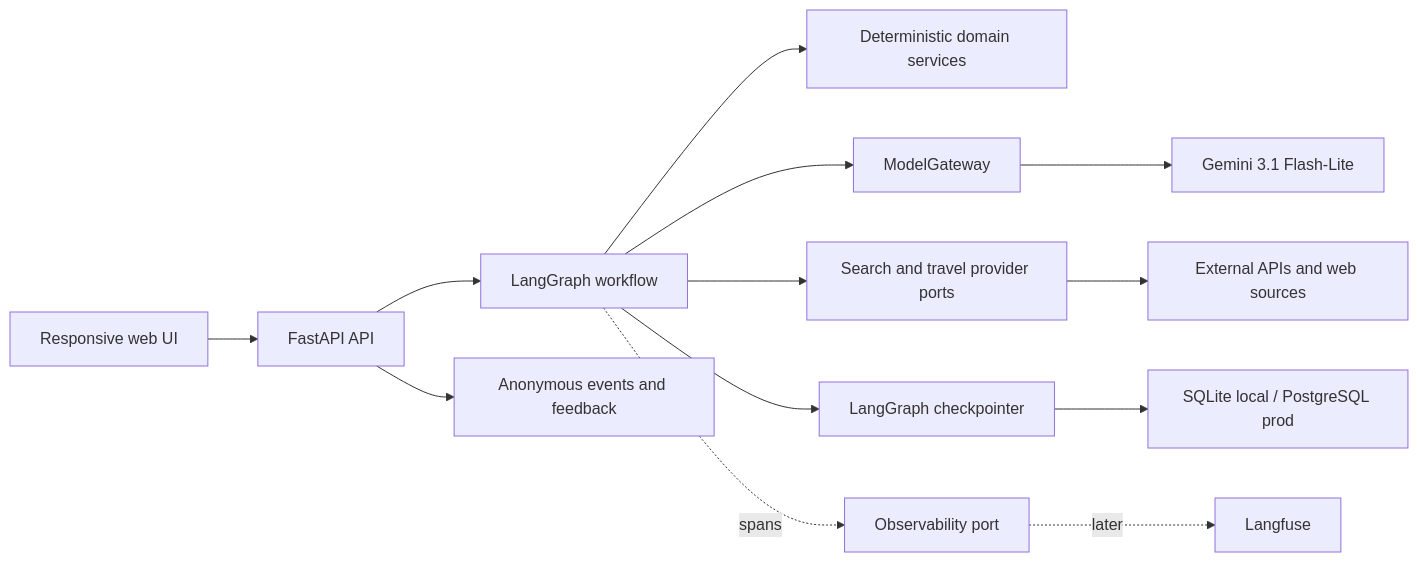
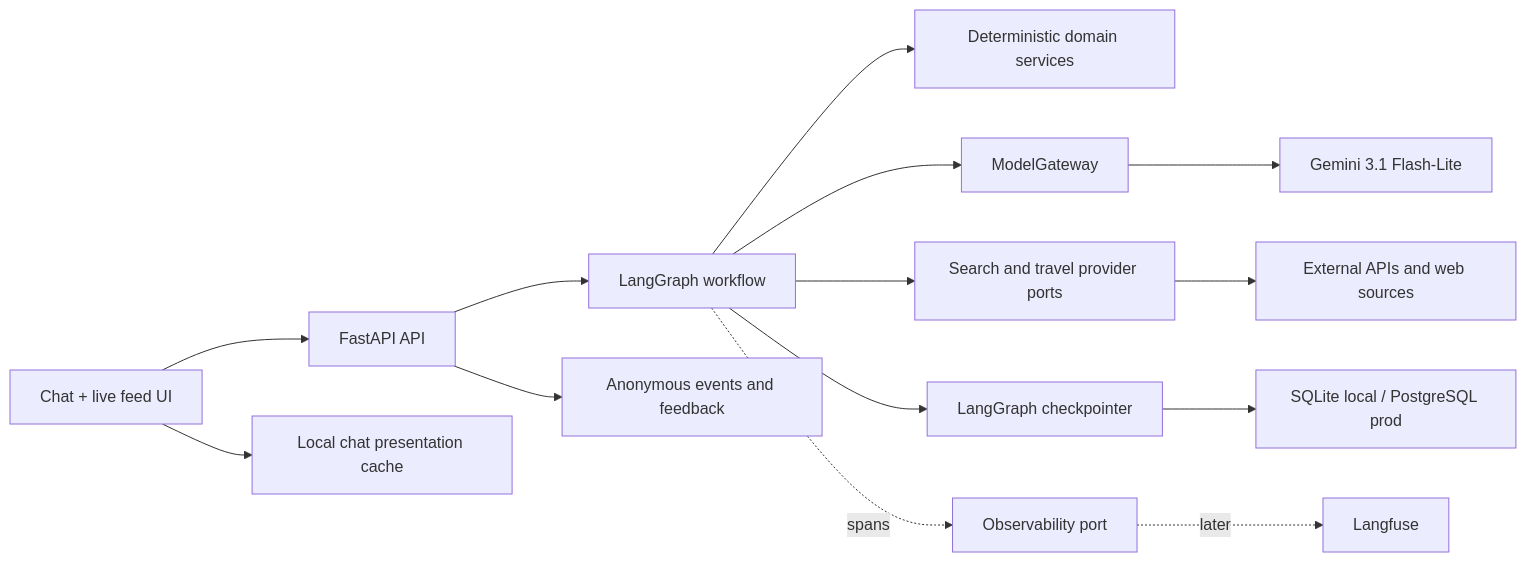
One commit to yaroslavlikh/travel-helper changed the first of 2 diagrams in docs/architecture.md. Above: the diagram before and after it, drawn with Mermaid. The commit also changed other lines of this file and 17 other files, not shown here.

````diff
--- a/docs/architecture.md
+++ b/docs/architecture.md
@@ -9,15 +9,16 @@
 ```mermaid
 flowchart LR
-    UI["Responsive web UI"] --> API["FastAPI API"]
+    UI["Chat + live feed UI"] --> API["FastAPI API"]
+    UI --> LOCAL["Local chat presentation cache"]
     API --> GRAPH["LangGraph workflow"]
     GRAPH --> DOMAIN["Deterministic domain services"]
     GRAPH --> AI["ModelGateway"]
     GRAPH --> PROVIDERS["Search and travel provider ports"]
     GRAPH --> CP["LangGraph checkpointer"]
     API --> EVENTS["Anonymous events and feedback"]
     GRAPH -. spans .-> OBS["Observability port"]
     AI --> LLM["Gemini 3.1 Flash-Lite"]
     PROVIDERS --> WEB["External APIs and web sources"]
     CP --> DB["SQLite local / PostgreSQL prod"]
     OBS -. later .-> LF["Langfuse"]
 ```
````
